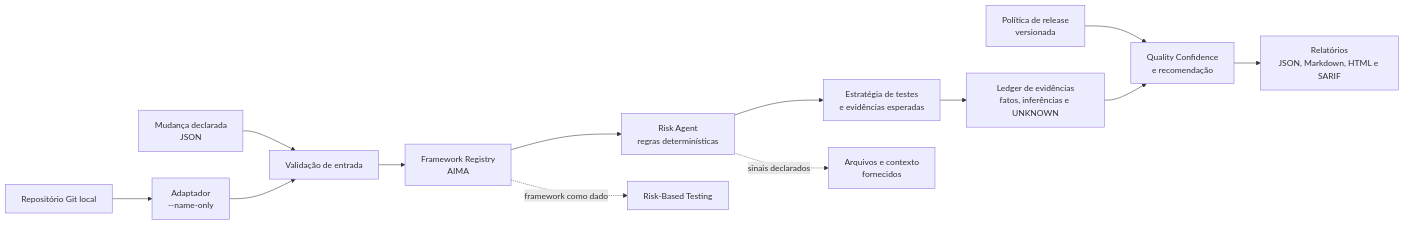
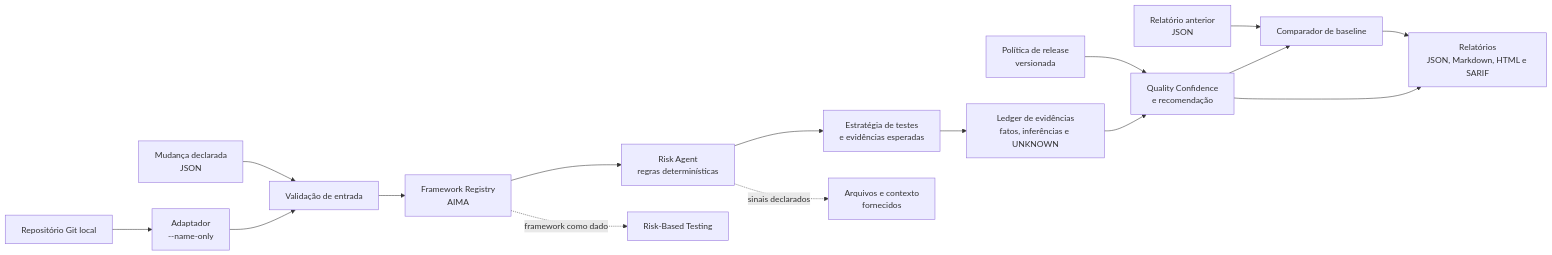
One commit to jonasqasoftware/aima-agentic-qe changed the diagram in ARCHITECTURE.md. Above: the diagram before and after it, drawn with Mermaid. The commit also changed other lines of this file and 8 other files, not shown here.

````diff
--- a/ARCHITECTURE.md
+++ b/ARCHITECTURE.md
@@ -7,16 +7,19 @@
 ```mermaid
 flowchart LR
   Input["Mudança declarada\nJSON"] --> Validate["Validação de entrada"]
   Git["Repositório Git local"] --> Diff["Adaptador\n--name-only"]
   Diff --> Validate
   Validate --> Registry["Framework Registry\nAIMA"]
   Registry --> Risk["Risk Agent\nregras determinísticas"]
   Risk --> Strategy["Estratégia de testes\ne evidências esperadas"]
   Strategy --> Ledger["Ledger de evidências\nfatos, inferências e UNKNOWN"]
   Policy["Política de release\nversionada"] --> Decision
   Ledger --> Decision["Quality Confidence\ne recomendação"]
+  Baseline["Relatório anterior\nJSON"] --> Compare["Comparador de baseline"]
+  Decision --> Compare
+  Compare --> Report
   Decision --> Report["Relatórios\nJSON, Markdown, HTML e SARIF"]
 
   Registry -. "framework como dado" .-> Framework["Risk-Based Testing"]
   Risk -. "sinais declarados" .-> Change["Arquivos e contexto\nfornecidos"]
 ```
````
